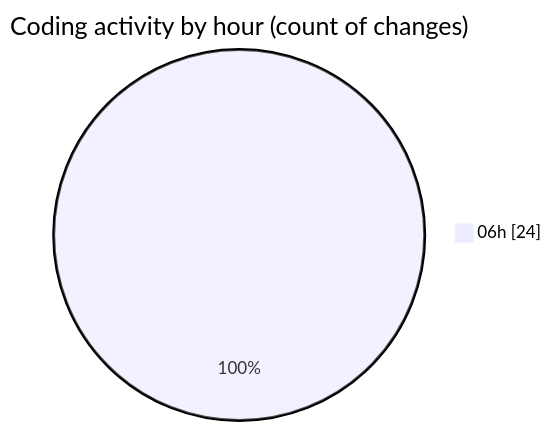
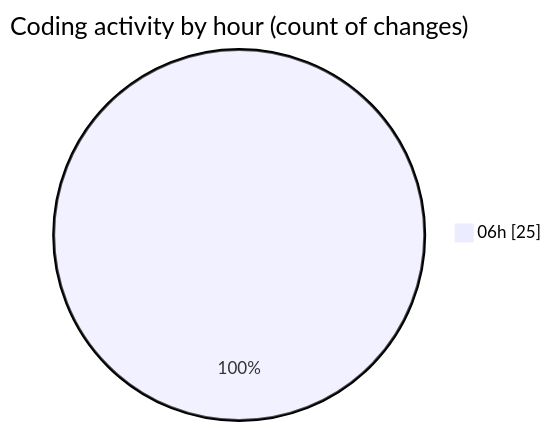
Before and after one commit to charlie-sans/code-tracking: the second of 2 diagrams in 2025-02-21/micros/README.md, drawn with Mermaid. The commit also changed other lines of this file and 1 other file, not shown here.

````diff
--- a/2025-02-21/micros/README.md
+++ b/2025-02-21/micros/README.md
@@ -47,5 +47,5 @@
 ```mermaid
 pie showData
 title Coding activity by hour (count of changes)
-"06h" : 24
+"06h" : 25
 ```
````
